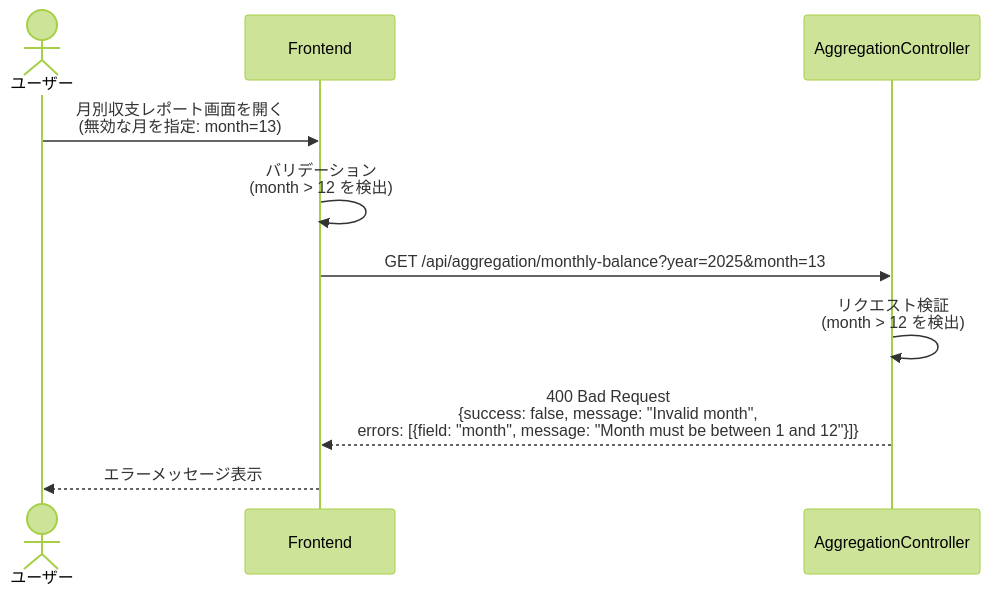
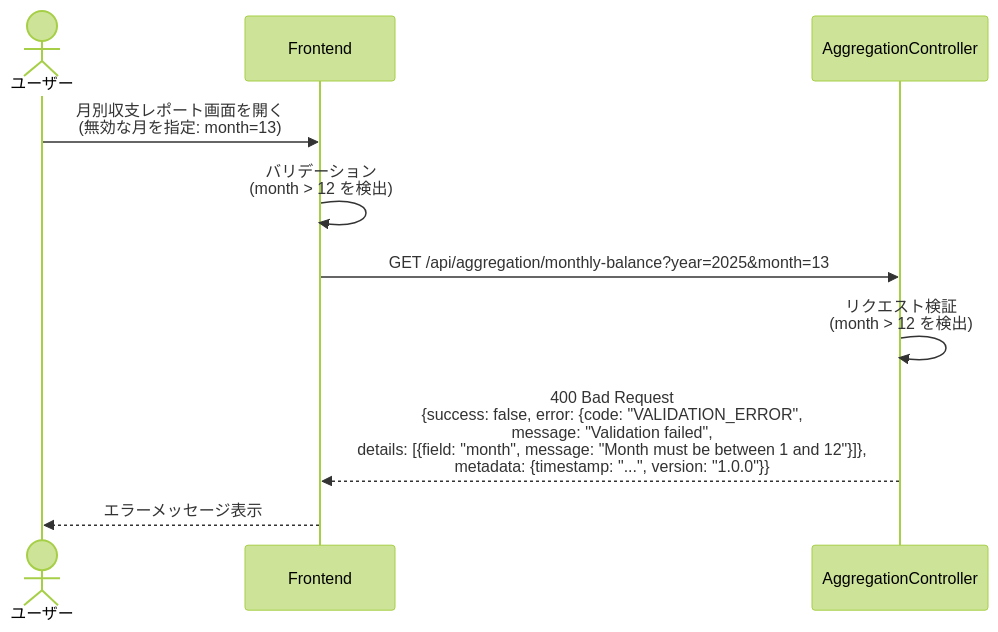
One commit to kencom2400/account-book changed the third of 4 diagrams in docs/detailed-design/FR-016_monthly-balance-aggregation/sequence-diagrams.md. Above: the diagram before and after it, drawn with Mermaid (forest theme).

Commit message:
docs: FR-016シーケンス図のエラーレスポンス形式を標準形式に修正
シーケンス図内のエラーレスポンス例も標準形式に統一

````diff
--- a/docs/detailed-design/FR-016_monthly-balance-aggregation/sequence-diagrams.md
+++ b/docs/detailed-design/FR-016_monthly-balance-aggregation/sequence-diagrams.md
@@ -184,14 +184,14 @@
 ```mermaid
 sequenceDiagram
     actor User as ユーザー
     participant FE as Frontend
     participant API as AggregationController
 
     User->>FE: 月別収支レポート画面を開く<br/>(無効な月を指定: month=13)
     FE->>FE: バリデーション<br/>(month > 12 を検出)
     FE->>API: GET /api/aggregation/monthly-balance?year=2025&month=13
 
     API->>API: リクエスト検証<br/>(month > 12 を検出)
-    API-->>FE: 400 Bad Request<br/>{success: false, message: "Invalid month",<br/>errors: [{field: "month", message: "Month must be between 1 and 12"}]}
+    API-->>FE: 400 Bad Request<br/>{success: false, error: {code: "VALIDATION_ERROR",<br/>message: "Validation failed",<br/>details: [{field: "month", message: "Month must be between 1 and 12"}]},<br/>metadata: {timestamp: "...", version: "1.0.0"}}
     FE-->>User: エラーメッセージ表示
 ```
````
